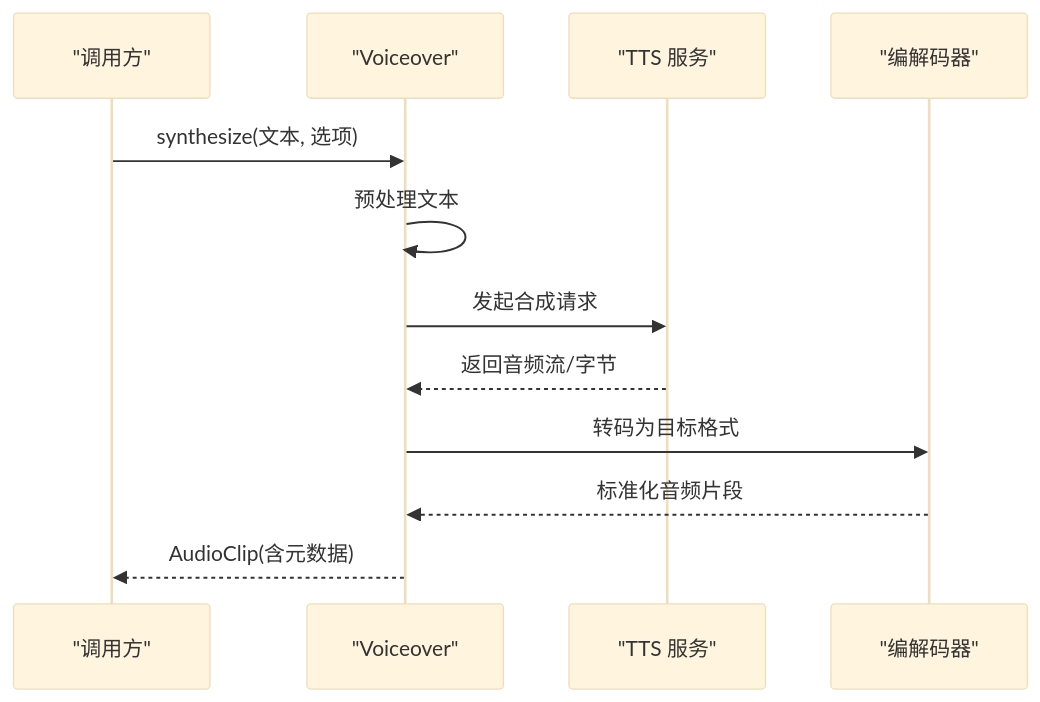
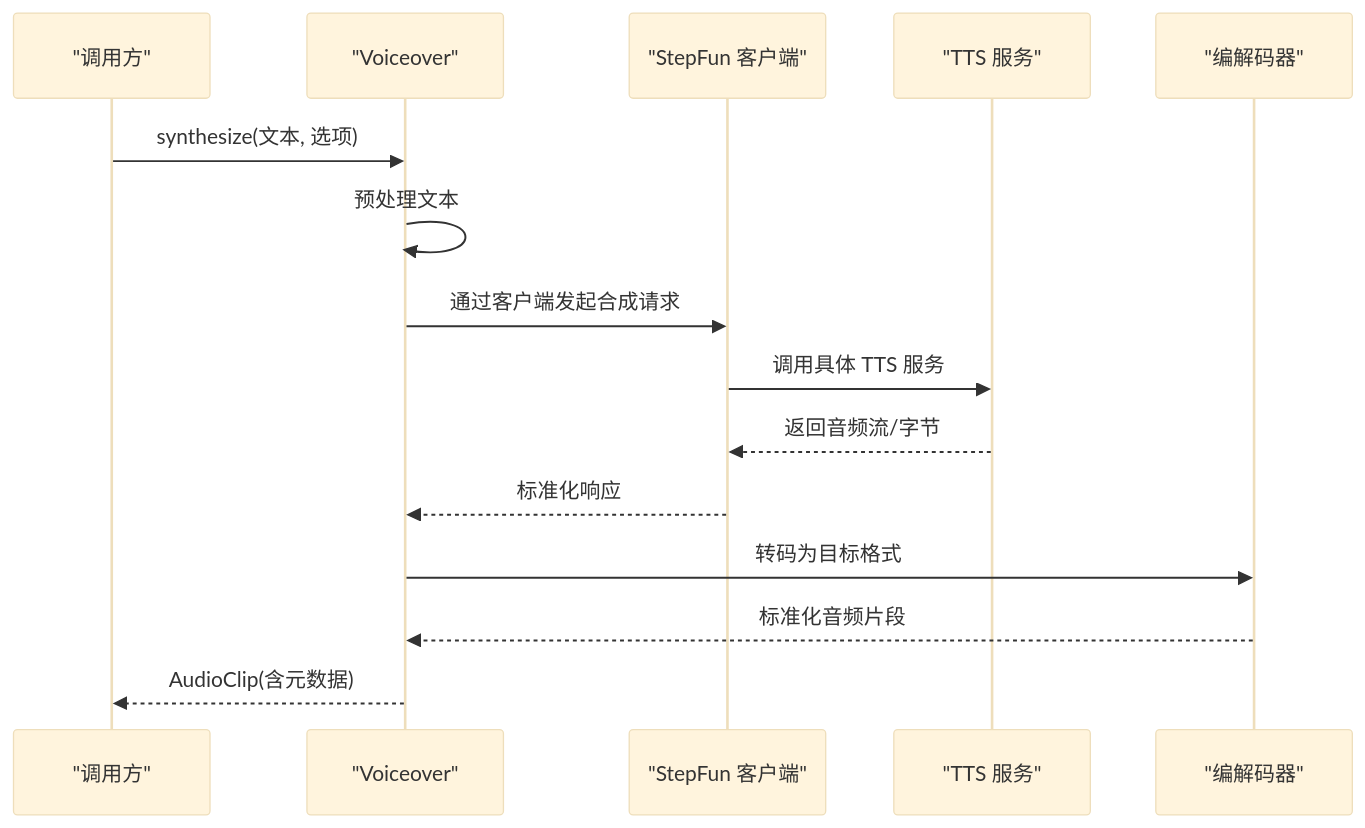
One commit to AIMFllyYS/code-video-canvas changed the third of 9 diagrams in .qoder/repowiki/zh/content/核心功能模块/音频处理/音频处理.md. Above: the diagram before and after it, drawn with Mermaid (base theme). The commit also changed other lines of this file and 47 other files, not shown here.

````diff
--- a/.qoder/repowiki/zh/content/核心功能模块/音频处理/音频处理.md
+++ b/.qoder/repowiki/zh/content/核心功能模块/音频处理/音频处理.md
@@ -157,14 +188,17 @@
 ```mermaid
 sequenceDiagram
 participant Caller as "调用方"
 participant VO as "Voiceover"
+participant SF as "StepFun 客户端"
 participant TTS as "TTS 服务"
 participant Codec as "编解码器"
 Caller->>VO : synthesize(文本, 选项)
 VO->>VO : 预处理文本
-VO->>TTS : 发起合成请求
-TTS-->>VO : 返回音频流/字节
+VO->>SF : 通过客户端发起合成请求
+SF->>TTS : 调用具体 TTS 服务
+TTS-->>SF : 返回音频流/字节
+SF-->>VO : 标准化响应
 VO->>Codec : 转码为目标格式
 Codec-->>VO : 标准化音频片段
 VO-->>Caller : AudioClip(含元数据)
 ```
````
